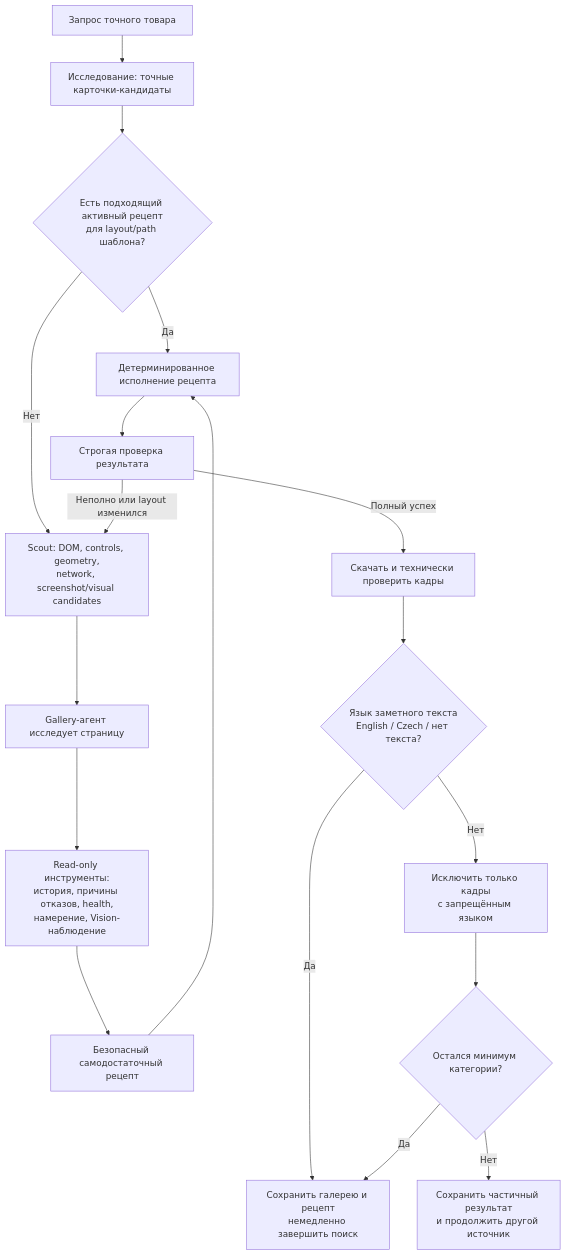
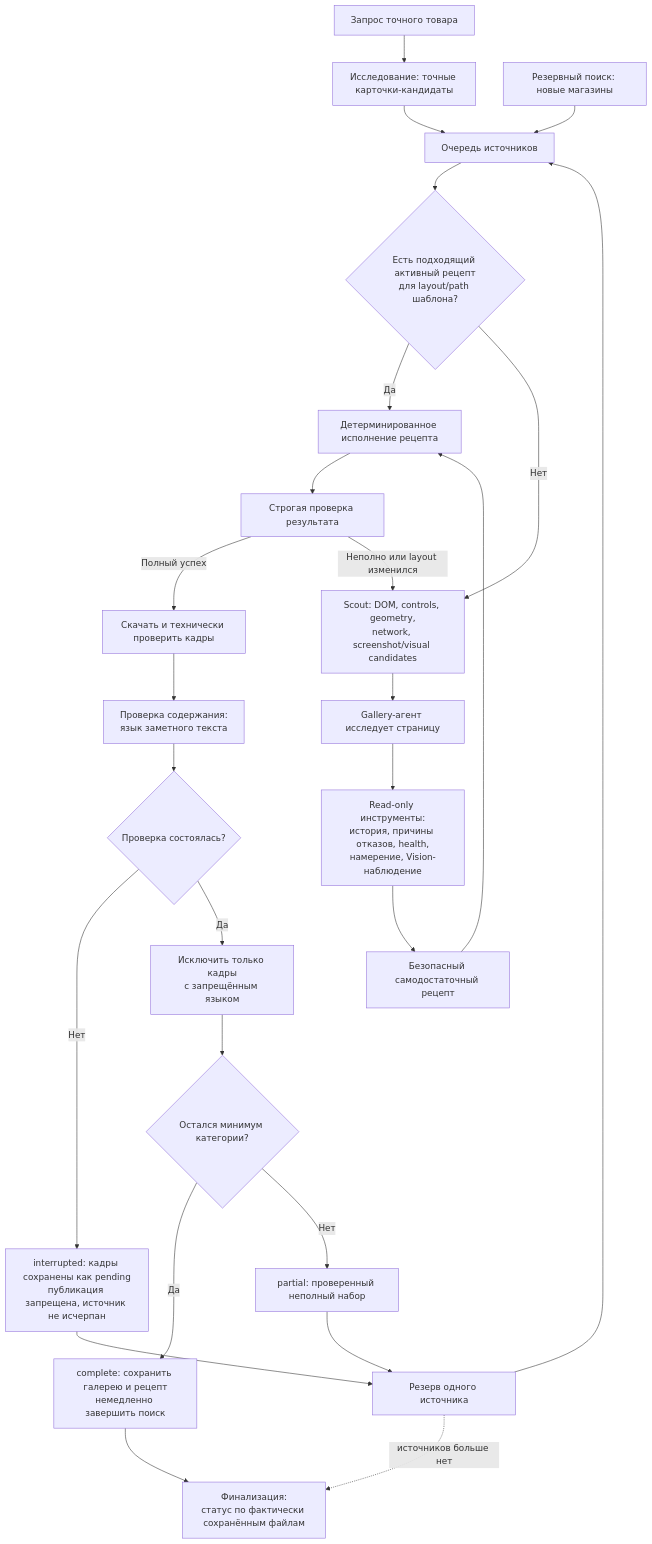
One commit to uncommonartemon/Ningredy-bot changed the first of 3 diagrams in PROJECT_STRATEGY.md. Above: the diagram before and after it, drawn with Mermaid. The commit also changed other lines of this file and 2 other files, not shown here.

````diff
--- a/PROJECT_STRATEGY.md
+++ b/PROJECT_STRATEGY.md
@@ -19,20 +19,28 @@
 ```mermaid
 flowchart TD
     A[Запрос точного товара] --> B[Исследование: точные карточки-кандидаты]
-    B --> C{Есть подходящий активный рецепт<br/>для layout/path шаблона?}
+    B --> Q[Очередь источников]
+    R[Резервный поиск: новые магазины] --> Q
+    Q --> C{Есть подходящий активный рецепт<br/>для layout/path шаблона?}
     C -- Да --> D[Детерминированное исполнение рецепта]
     C -- Нет --> E[Scout: DOM, controls, geometry,<br/>network, screenshot/visual candidates]
     D --> F[Строгая проверка результата]
     F -- Полный успех --> G[Скачать и технически проверить кадры]
     F -- Неполно или layout изменился --> E
     E --> H[Gallery-агент исследует страницу]
     H --> I[Read-only инструменты:<br/>история, причины отказов, health,<br/>намерение, Vision-наблюдение]
     I --> J[Безопасный самодостаточный рецепт]
     J --> D
-    G --> K{Язык заметного текста<br/>English / Czech / нет текста?}
-    K -- Да --> L[Сохранить галерею и рецепт<br/>немедленно завершить поиск]
-    K -- Нет --> M[Исключить только кадры<br/>с запрещённым языком]
+    G --> K[Проверка содержания:<br/>язык заметного текста]
+    K --> V{Проверка состоялась?}
+    V -- Нет --> INT[interrupted: кадры сохранены как pending<br/>публикация запрещена, источник не исчерпан]
+    V -- Да --> M[Исключить только кадры<br/>с запрещённым языком]
     M --> N{Остался минимум категории?}
-    N -- Да --> L
-    N -- Нет --> O[Сохранить частичный результат<br/>и продолжить другой источник]
+    N -- Да --> L[complete: сохранить галерею и рецепт<br/>немедленно завершить поиск]
+    N -- Нет --> P[partial: проверенный неполный набор]
+    P --> RES[Резерв одного источника]
+    INT --> RES
+    RES --> Q
+    RES -.->|источников больше нет| FIN[Финализация:<br/>статус по фактически сохранённым файлам]
+    L --> FIN
 ```
````
